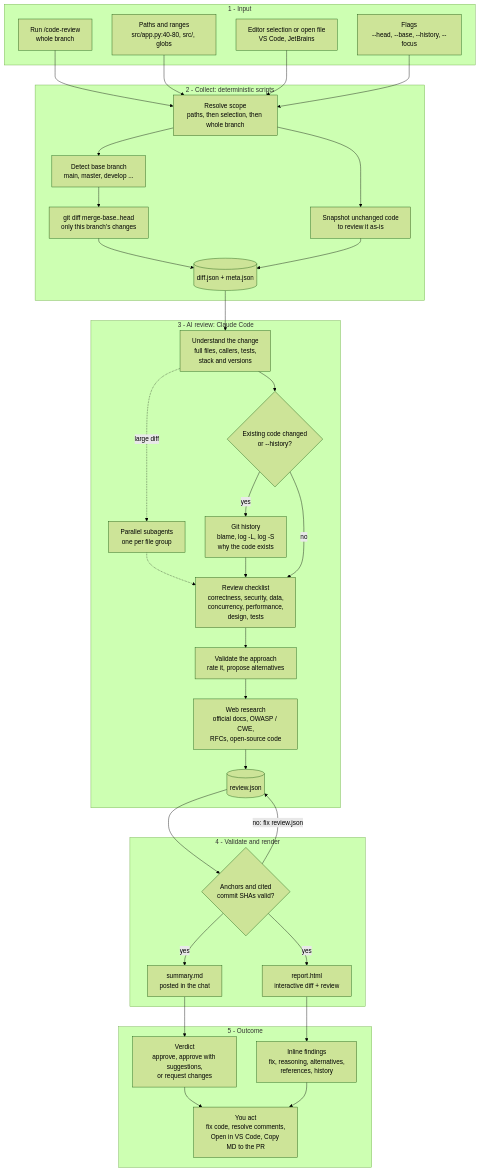
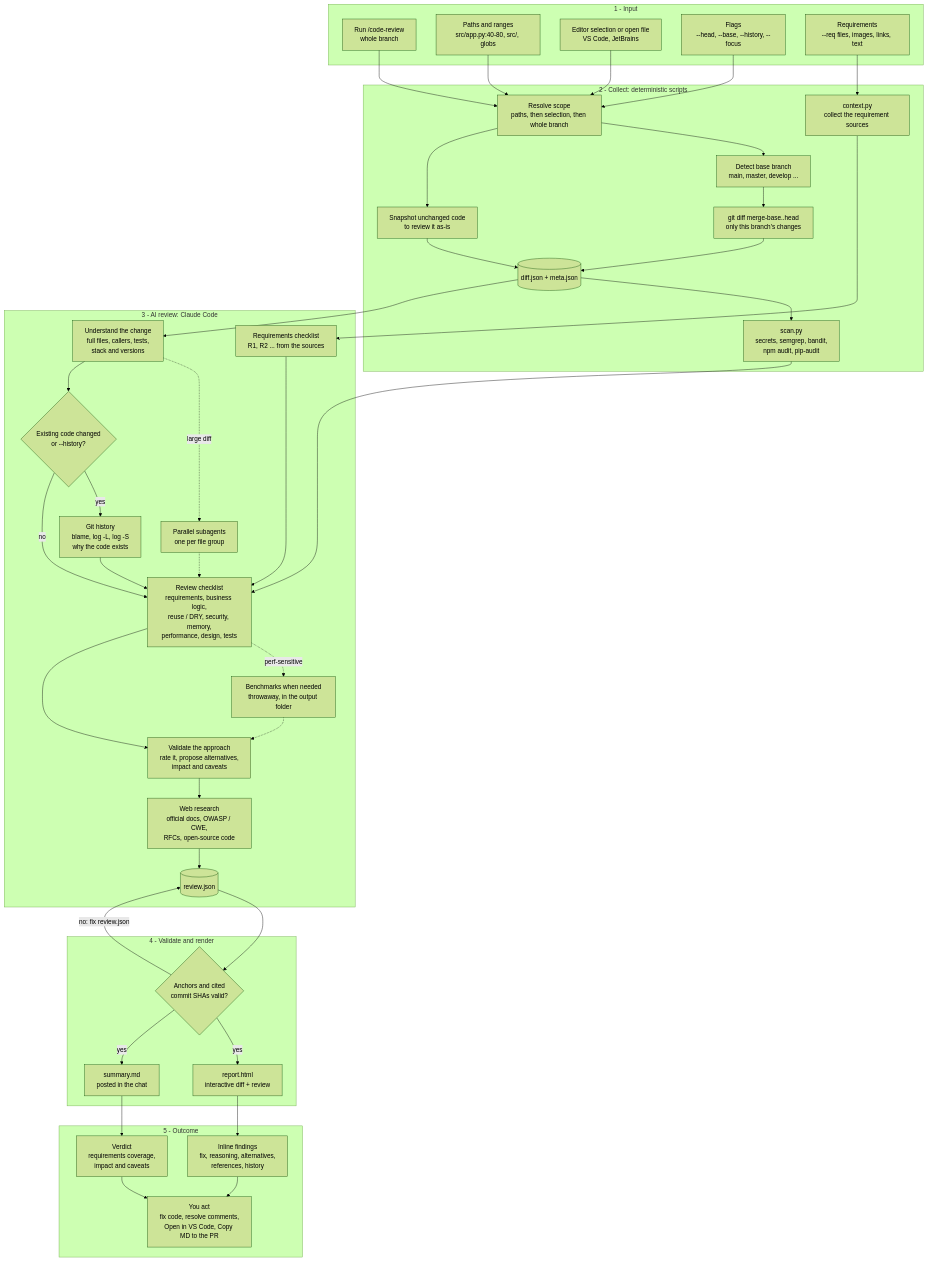
One commit to rewin0087/claude-code-review changed the first of 2 diagrams in README.md. Above: the diagram before and after it, drawn with Mermaid (forest theme). The commit also changed other lines of this file and 16 other files, not shown here.

````diff
--- a/README.md
+++ b/README.md
@@ -124,56 +142,64 @@
 ```mermaid
 flowchart TD
     subgraph IN["1 - Input"]
         A1["Run /code-review<br/>whole branch"]
         A2["Paths and ranges<br/>src/app.py:40-80, src/, globs"]
         A3["Editor selection or open file<br/>VS Code, JetBrains"]
         A4["Flags<br/>--head, --base, --history, --focus"]
+        A5["Requirements<br/>--req files, images, links, text"]
     end
 
     subgraph COLLECT["2 - Collect: deterministic scripts"]
         B1["Resolve scope<br/>paths, then selection, then whole branch"]
         B2["Detect base branch<br/>main, master, develop ..."]
         B3["git diff merge-base..head<br/>only this branch's changes"]
         B4["Snapshot unchanged code<br/>to review it as-is"]
         B5[("diff.json + meta.json")]
+        B6["context.py<br/>collect the requirement sources"]
+        B7["scan.py<br/>secrets, semgrep, bandit,<br/>npm audit, pip-audit"]
     end
 
     subgraph AI["3 - AI review: Claude Code"]
         C1["Understand the change<br/>full files, callers, tests,<br/>stack and versions"]
         C8["Parallel subagents<br/>one per file group"]
         C2{"Existing code changed<br/>or --history?"}
         C3["Git history<br/>blame, log -L, log -S<br/>why the code exists"]
-        C4["Review checklist<br/>correctness, security, data,<br/>concurrency, performance,<br/>design, tests"]
-        C5["Validate the approach<br/>rate it, propose alternatives"]
+        C9["Requirements checklist<br/>R1, R2 ... from the sources"]
+        C4["Review checklist<br/>requirements, business logic,<br/>reuse / DRY, security, memory,<br/>performance, design, tests"]
+        C10["Benchmarks when needed<br/>throwaway, in the output folder"]
+        C5["Validate the approach<br/>rate it, propose alternatives,<br/>impact and caveats"]
         C6["Web research<br/>official docs, OWASP / CWE,<br/>RFCs, open-source code"]
         C7[("review.json")]
     end
 
     subgraph RENDER["4 - Validate and render"]
         D1{"Anchors and cited<br/>commit SHAs valid?"}
         D2["report.html<br/>interactive diff + review"]
         D3["summary.md<br/>posted in the chat"]
     end
 
     subgraph OUT["5 - Outcome"]
-        E1["Verdict<br/>approve, approve with suggestions,<br/>or request changes"]
+        E1["Verdict<br/>requirements coverage,<br/>impact and caveats"]
         E2["Inline findings<br/>fix, reasoning, alternatives,<br/>references, history"]
         E3["You act<br/>fix code, resolve comments,<br/>Open in VS Code, Copy MD to the PR"]
     end
 
     A1 & A2 & A3 & A4 --> B1
+    A5 --> B6 --> C9 --> C4
+    B5 --> B7 --> C4
+    C4 -. perf-sensitive .-> C10 -.-> C5
     B1 --> B2 --> B3 --> B5
     B1 --> B4 --> B5
     B5 --> C1
     C1 -. large diff .-> C8 -.-> C4
     C1 --> C2
     C2 -- yes --> C3 --> C4
     C2 -- no --> C4
     C4 --> C5 --> C6 --> C7
     C7 --> D1
     D1 -- no: fix review.json --> C7
     D1 -- yes --> D2 & D3
     D3 --> E1
     D2 --> E2
     E1 & E2 --> E3
 ```
````
